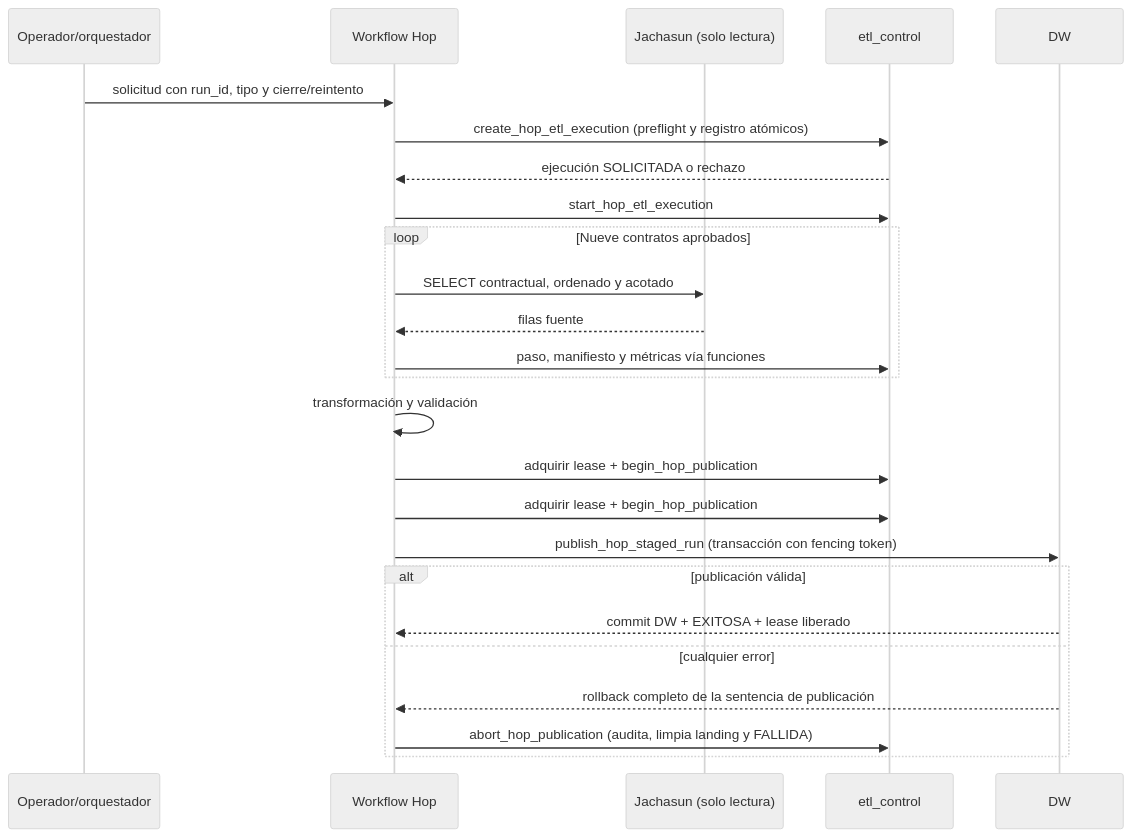
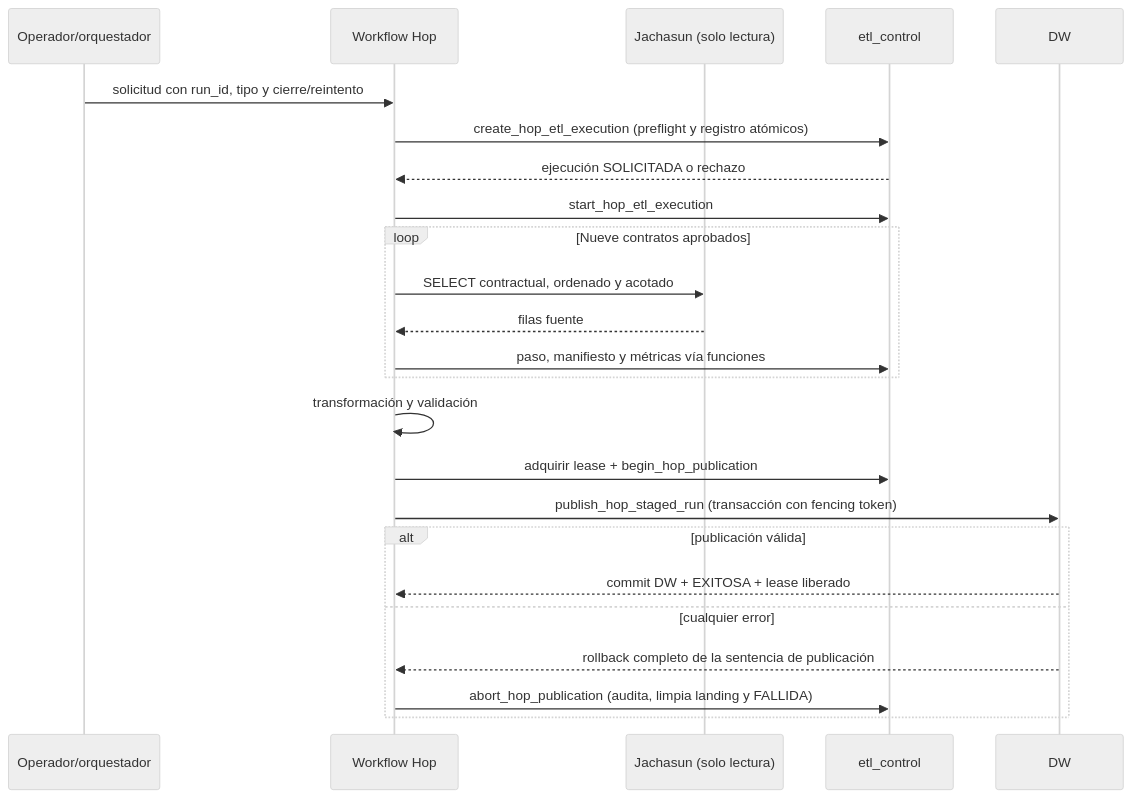
Before and after one commit to KEVIN-117/dss-system-architecture: the diagram in docs/dw/hop-execution-contract.md, drawn with Mermaid (neutral theme). The commit also changed other lines of this file and 111 other files, not shown here.

````diff
--- a/docs/dw/hop-execution-contract.md
+++ b/docs/dw/hop-execution-contract.md
@@ -30,27 +30,26 @@
 ```mermaid
 sequenceDiagram
     participant O as Operador/orquestador
     participant H as Workflow Hop
     participant S as Jachasun (solo lectura)
     participant C as etl_control
     participant D as DW
     O->>H: solicitud con run_id, tipo y cierre/reintento
     H->>C: create_hop_etl_execution (preflight y registro atómicos)
     C-->>H: ejecución SOLICITADA o rechazo
     H->>C: start_hop_etl_execution
     loop Nueve contratos aprobados
         H->>S: SELECT contractual, ordenado y acotado
         S-->>H: filas fuente
         H->>C: paso, manifiesto y métricas vía funciones
     end
     H->>H: transformación y validación
     H->>C: adquirir lease + begin_hop_publication
-    H->>C: adquirir lease + begin_hop_publication
     H->>D: publish_hop_staged_run (transacción con fencing token)
     alt publicación válida
         D-->>H: commit DW + EXITOSA + lease liberado
     else cualquier error
         D-->>H: rollback completo de la sentencia de publicación
         H->>C: abort_hop_publication (audita, limpia landing y FALLIDA)
     end
 ```
````
